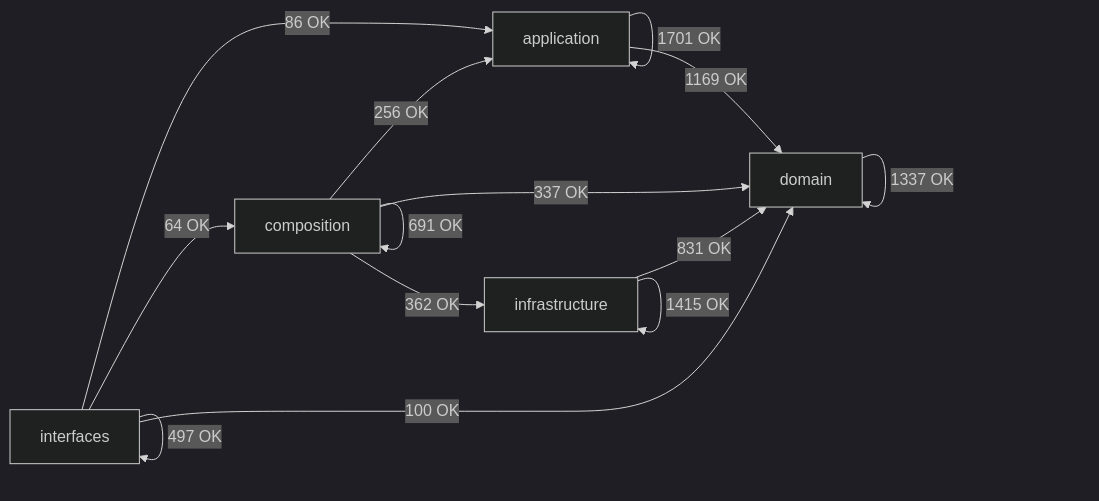
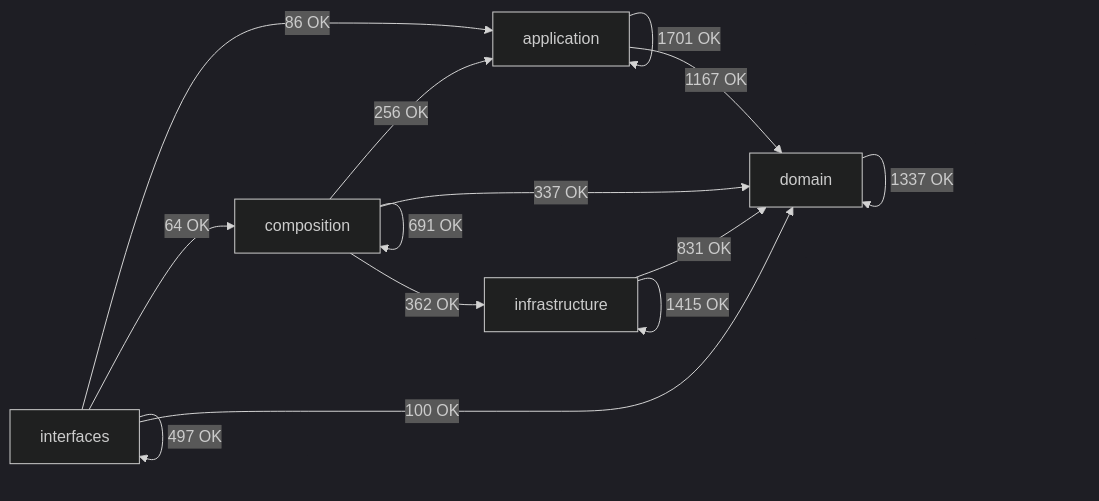
The diagram in docs/02-architecture/generated/module-dependency-map.md (SatoryKono/BioactivityDataAcquisition), drawn with Mermaid (dark theme) before and after one commit. The commit also changed other lines of this file and 93 other files, not shown here.

Commit message:
chore(qa): regenerate artifacts after RF-003 architecture fixes

````diff
--- a/docs/02-architecture/generated/module-dependency-map.md
+++ b/docs/02-architecture/generated/module-dependency-map.md
@@ -17,21 +17,21 @@
 ```mermaid
 flowchart LR
     domain[domain]
     application[application]
     infrastructure[infrastructure]
     composition[composition]
     interfaces[interfaces]
     application -->|1701 OK| application
-    application -->|1169 OK| domain
+    application -->|1167 OK| domain
     composition -->|256 OK| application
     composition -->|691 OK| composition
     composition -->|337 OK| domain
     composition -->|362 OK| infrastructure
     domain -->|1337 OK| domain
     infrastructure -->|831 OK| domain
     infrastructure -->|1415 OK| infrastructure
     interfaces -->|86 OK| application
     interfaces -->|64 OK| composition
     interfaces -->|100 OK| domain
     interfaces -->|497 OK| interfaces
 ```
````
